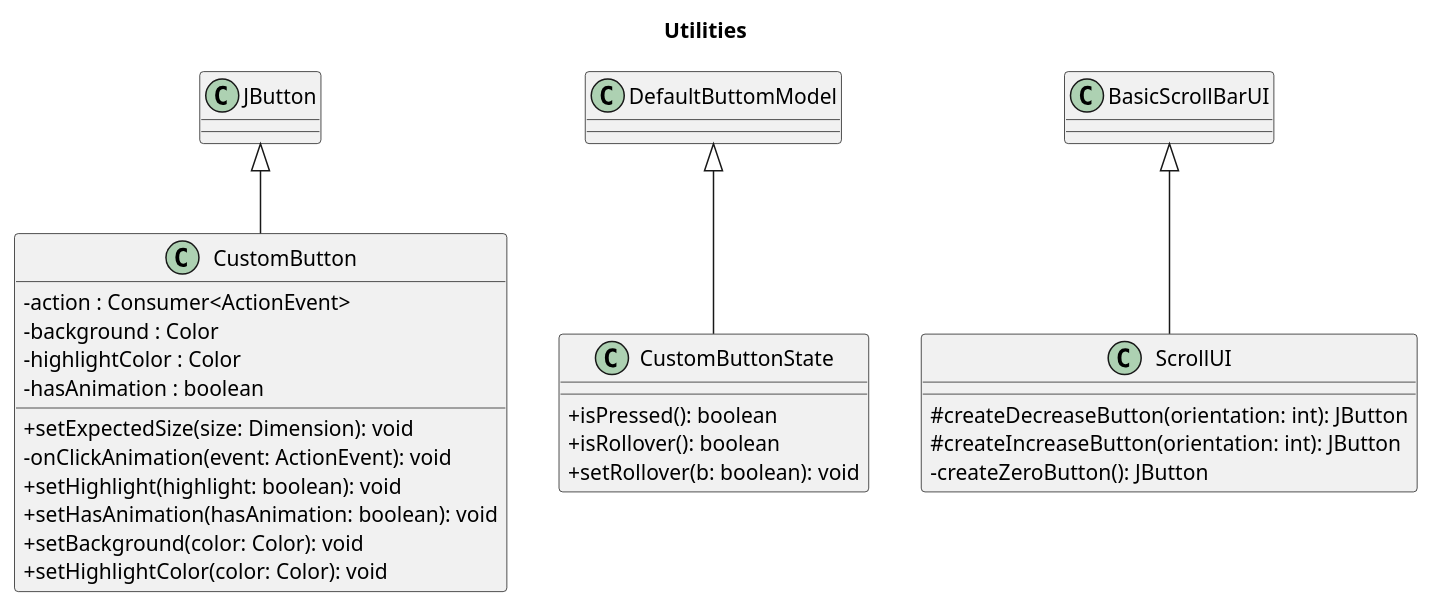
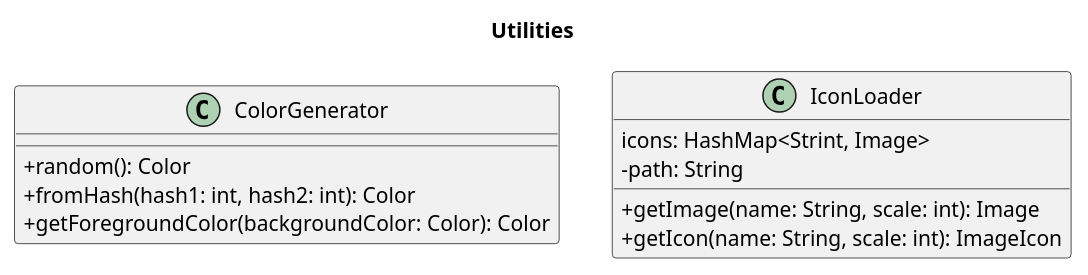
The diagram in docs/class/ui_class_chunks/utility.puml (Kristof-me/Logarlec), drawn with PlantUML before and after one commit. The commit also changed 11 other files, not shown here.

Commit message:
ui class diagram

```diff
--- a/docs/class/ui_class_chunks/utility.puml
+++ b/docs/class/ui_class_chunks/utility.puml
@@ -1,35 +1,19 @@
 @startuml Utilities
 title Utilities
 
 skinparam classAttributeIconSize 0
              
-        JButton <|-- CustomButton
-        class CustomButton{
-            - action : Consumer<ActionEvent>
-            - background : Color
-            - highlightColor : Color
-            - hasAnimation : boolean
+    class ColorGenerator{
+        + random(): Color
+        + fromHash(hash1: int, hash2: int): Color
+        + getForegroundColor(backgroundColor: Color): Color
+    }
 
-            + setExpectedSize(size: Dimension): void
-            - onClickAnimation(event: ActionEvent): void
-            + setHighlight(highlight: boolean): void
-            + setHasAnimation(hasAnimation: boolean): void
-            + setBackground(color: Color): void
-            + setHighlightColor(color: Color): void
-        }
-
-        DefaultButtomModel <|-- CustomButtonState
-        class CustomButtonState {
-            +isPressed(): boolean
-            +isRollover(): boolean
-            +setRollover(b: boolean): void
-        }
-
-        BasicScrollBarUI <|-- ScrollUI
-        class ScrollUI {
-            #createDecreaseButton(orientation: int): JButton
-            #createIncreaseButton(orientation: int): JButton
-            -createZeroButton(): JButton
-        }
+    class IconLoader{
+        icons: HashMap<Strint, Image>
+        - path: String
+        + getImage(name: String, scale: int): Image
+        + getIcon(name: String, scale: int): ImageIcon
+    }
 
 @enduml
```
